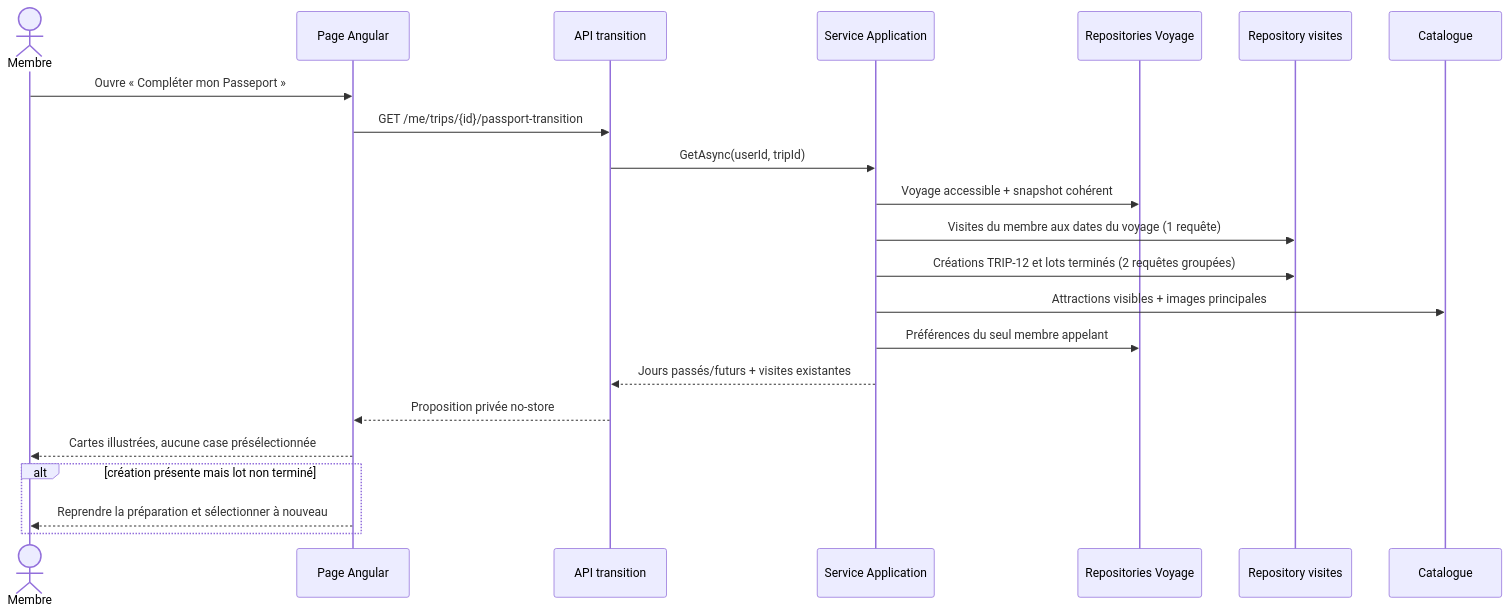
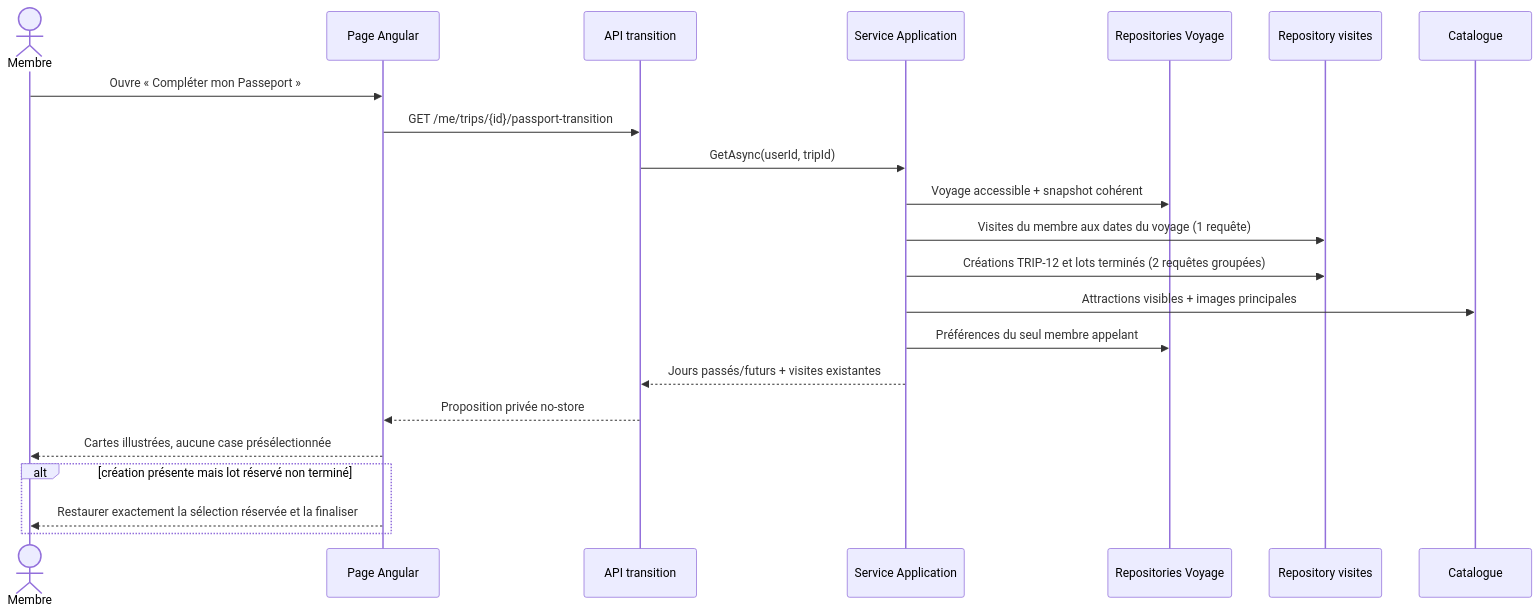
Before and after one commit to Ced59/AmusementParkProject: the third of 5 diagrams in docs/architecture/product-growth-trip-12-passport-transition-2026-09-25.md, drawn with Mermaid. The commit also changed other lines of this file and 38 other files, not shown here.

````diff
--- a/docs/architecture/product-growth-trip-12-passport-transition-2026-09-25.md
+++ b/docs/architecture/product-growth-trip-12-passport-transition-2026-09-25.md
@@ -157,26 +165,26 @@
 ```mermaid
 sequenceDiagram
     actor M as Membre
     participant UI as Page Angular
     participant API as API transition
     participant APP as Service Application
     participant TRIP as Repositories Voyage
     participant PASS as Repository visites
     participant CAT as Catalogue
 
     M->>UI: Ouvre « Compléter mon Passeport »
     UI->>API: GET /me/trips/{id}/passport-transition
     API->>APP: GetAsync(userId, tripId)
     APP->>TRIP: Voyage accessible + snapshot cohérent
     APP->>PASS: Visites du membre aux dates du voyage (1 requête)
     APP->>PASS: Créations TRIP-12 et lots terminés (2 requêtes groupées)
     APP->>CAT: Attractions visibles + images principales
     APP->>TRIP: Préférences du seul membre appelant
     APP-->>API: Jours passés/futurs + visites existantes
     API-->>UI: Proposition privée no-store
     UI-->>M: Cartes illustrées, aucune case présélectionnée
 
-    alt création présente mais lot non terminé
-      UI-->>M: Reprendre la préparation et sélectionner à nouveau
+    alt création présente mais lot réservé non terminé
+      UI-->>M: Restaurer exactement la sélection réservée et la finaliser
     end
 ```
````
